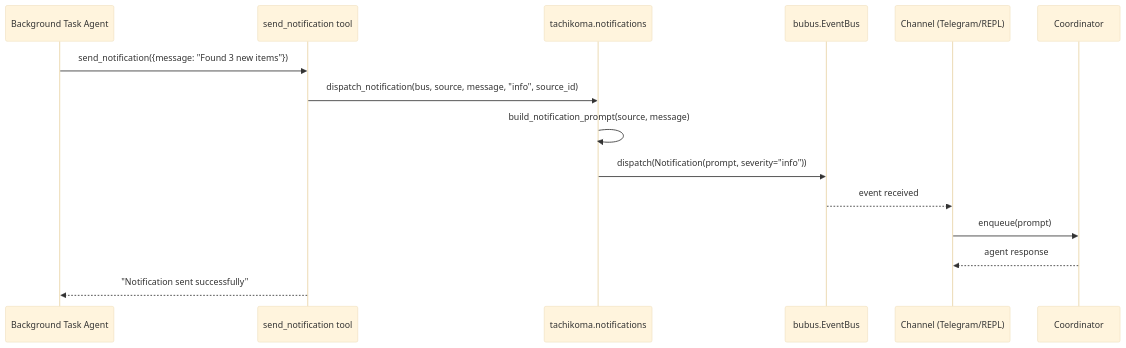
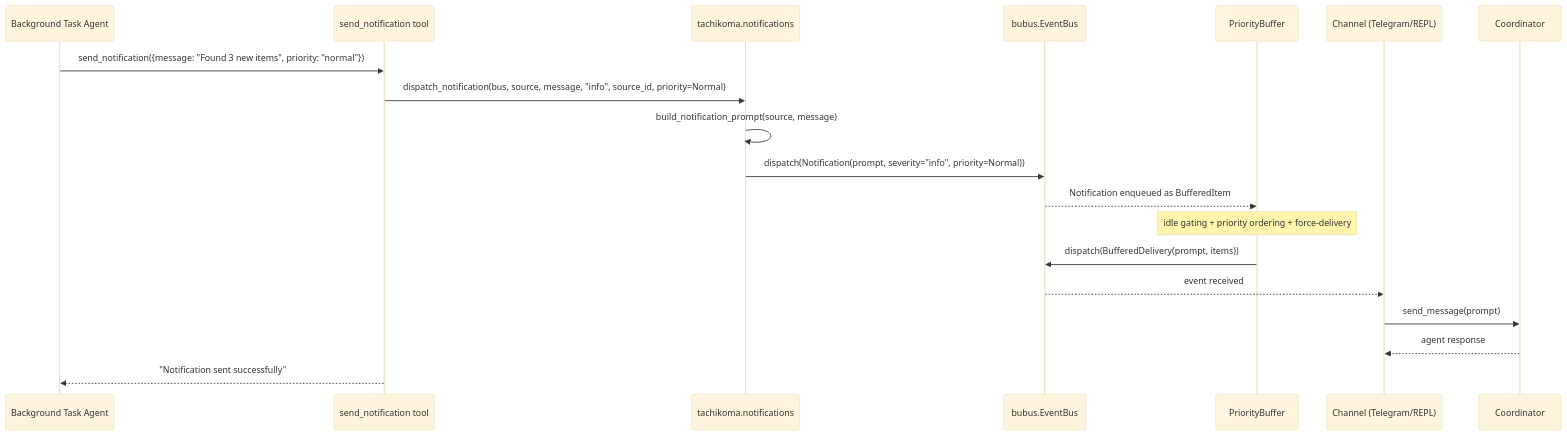
Before and after one commit to asermax/tachikoma: the second of 2 diagrams in docs/feature-designs/tasks/background-task-execution.md, drawn with Mermaid (base theme). The commit also changed other lines of this file and 20 other files, not shown here.

````diff
--- a/docs/feature-designs/tasks/background-task-execution.md
+++ b/docs/feature-designs/tasks/background-task-execution.md
@@ -109,18 +110,22 @@
 ```mermaid
 sequenceDiagram
     participant Agent as Background Task Agent
     participant MCP as send_notification tool
     participant Notif as tachikoma.notifications
     participant Bus as bubus.EventBus
+    participant Buffer as PriorityBuffer
     participant Channel as Channel (Telegram/REPL)
     participant Coord as Coordinator
 
-    Agent->>MCP: send_notification({message: "Found 3 new items"})
-    MCP->>Notif: dispatch_notification(bus, source, message, "info", source_id)
+    Agent->>MCP: send_notification({message: "Found 3 new items", priority: "normal"})
+    MCP->>Notif: dispatch_notification(bus, source, message, "info", source_id, priority=Normal)
     Notif->>Notif: build_notification_prompt(source, message)
-    Notif->>Bus: dispatch(Notification(prompt, severity="info"))
+    Notif->>Bus: dispatch(Notification(prompt, severity="info", priority=Normal))
+    Bus-->>Buffer: Notification enqueued as BufferedItem
+    Note over Buffer: idle gating + priority ordering + force-delivery
+    Buffer->>Bus: dispatch(BufferedDelivery(prompt, items))
     Bus-->>Channel: event received
-    Channel->>Coord: enqueue(prompt)
+    Channel->>Coord: send_message(prompt)
     Coord-->>Channel: agent response
     MCP-->>Agent: "Notification sent successfully"
 ```
````
